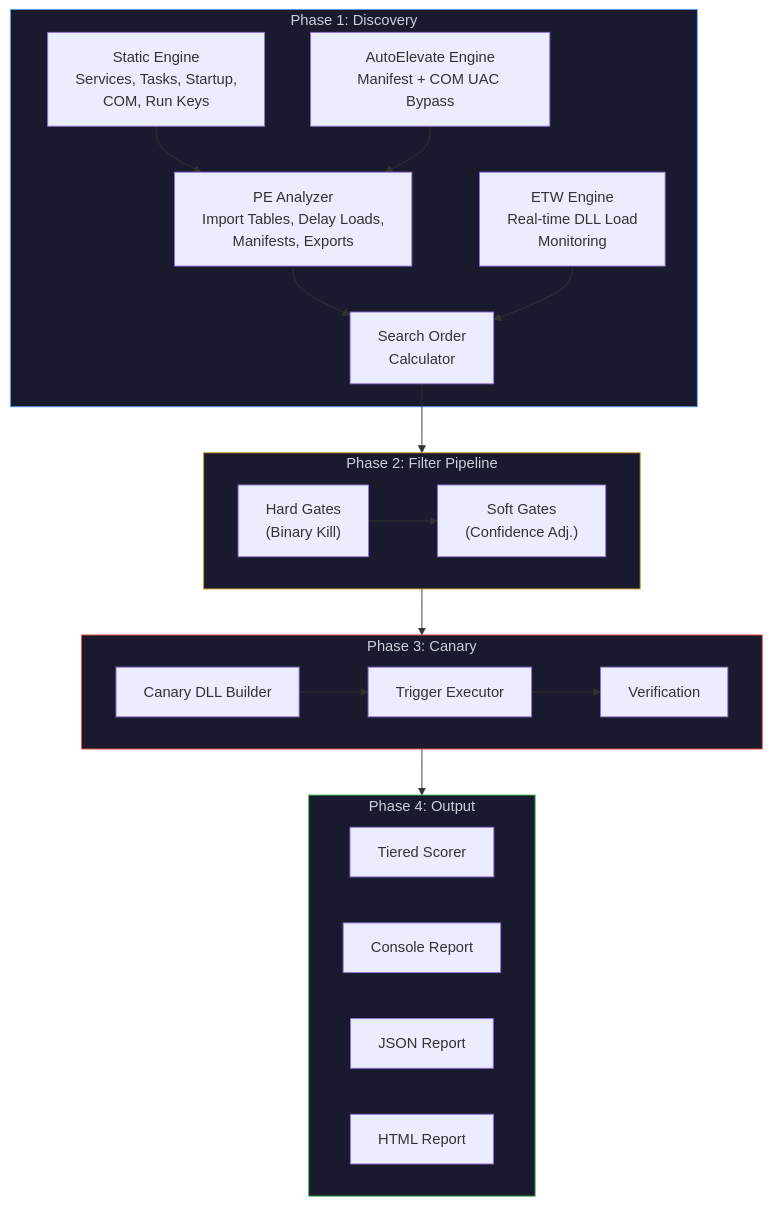
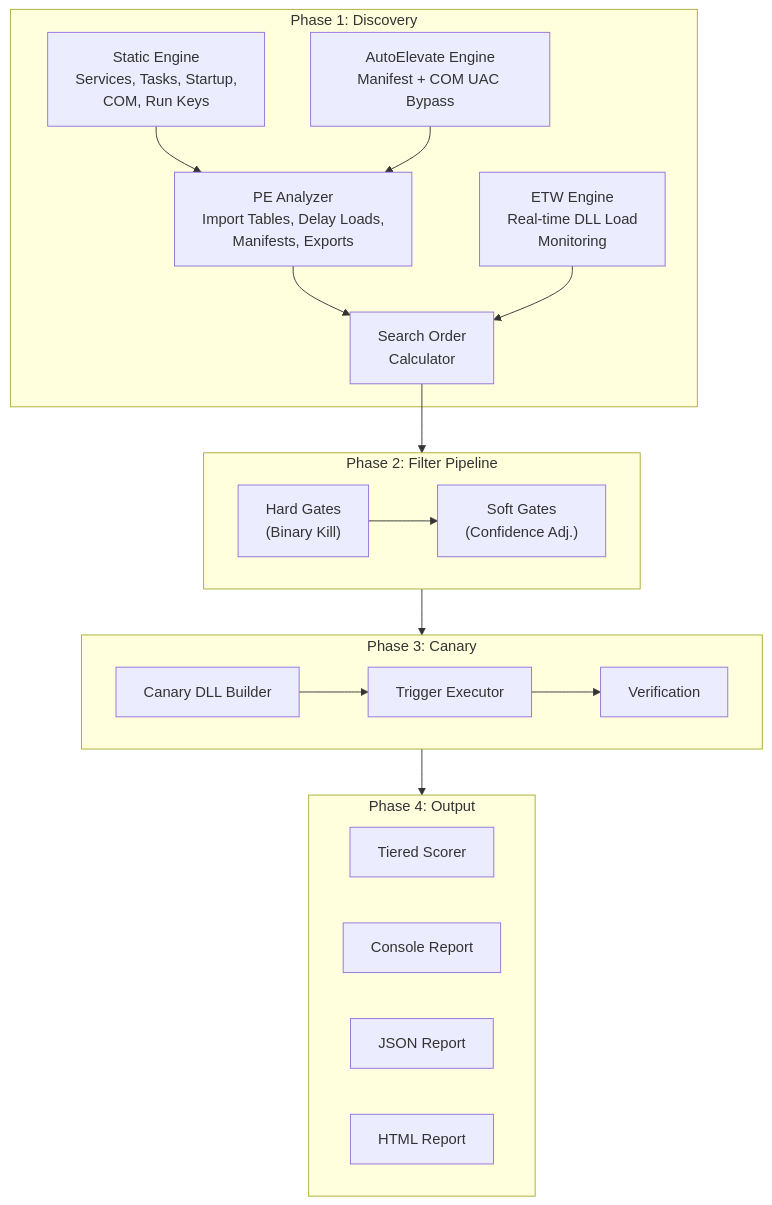
The first of 2 diagrams in README.md (ghostvectoracademy/DLLHijackHunter), drawn with Mermaid before and after one commit. The commit also changed other lines of this file, not shown here.

````diff
--- a/README.md
+++ b/README.md
@@ -33,43 +33,38 @@
 ```mermaid
 flowchart TB
     subgraph Phase1["Phase 1: Discovery"]
         SE["Static Engine<br/>Services, Tasks, Startup,<br/>COM, Run Keys"]
         AE["AutoElevate Engine<br/>Manifest + COM UAC Bypass"]
         PE["PE Analyzer<br/>Import Tables, Delay Loads,<br/>Manifests, Exports"]
         ETW["ETW Engine<br/>Real-time DLL Load<br/>Monitoring"]
         SO["Search Order<br/>Calculator"]
     end
 
     subgraph Phase2["Phase 2: Filter Pipeline"]
         direction LR
         HG["Hard Gates<br/>(Binary Kill)"]
         SG["Soft Gates<br/>(Confidence Adj.)"]
     end
 
     subgraph Phase3["Phase 3: Canary"]
         CB["Canary DLL Builder"]
         TE["Trigger Executor"]
         VF["Verification"]
     end
 
     subgraph Phase4["Phase 4: Output"]
         SC["Tiered Scorer"]
         RC["Console Report"]
         RJ["JSON Report"]
         RH["HTML Report"]
     end
 
     SE --> PE --> SO
     AE --> PE
     ETW --> SO
     SO --> Phase2
     HG --> SG
     Phase2 --> Phase3
     CB --> TE --> VF
     Phase3 --> Phase4
-
-    style Phase1 fill:#1a1a2e,stroke:#58a6ff,color:#c9d1d9
-    style Phase2 fill:#1a1a2e,stroke:#d29922,color:#c9d1d9
-    style Phase3 fill:#1a1a2e,stroke:#f85149,color:#c9d1d9
-    style Phase4 fill:#1a1a2e,stroke:#3fb950,color:#c9d1d9
 ```
````
